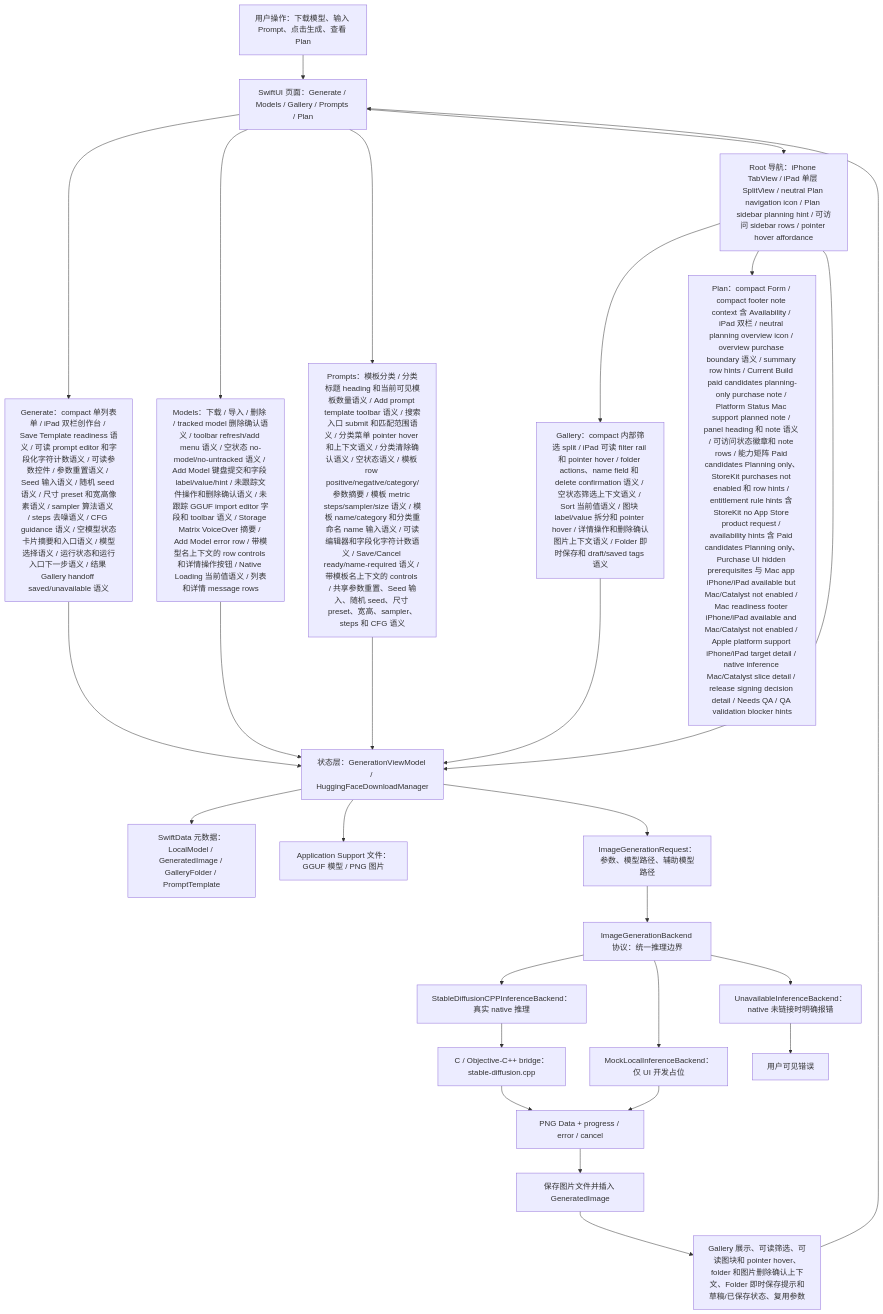
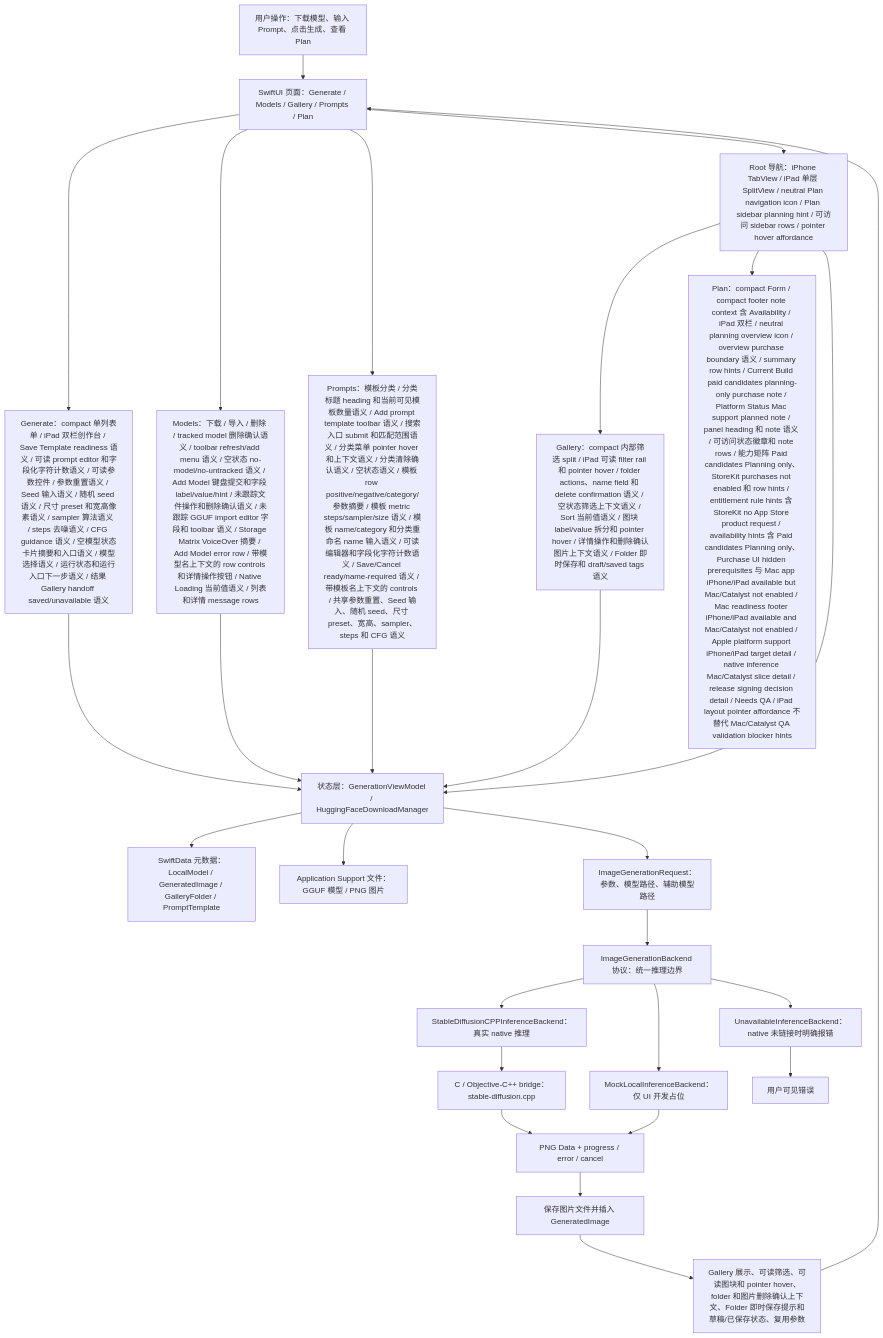
Before and after one commit to Altman-sam114/118: the first of 7 diagrams in md/flow/flowchart.md, drawn with Mermaid. The commit also changed 5 other files, not shown here.

First line of the commit message:
v1.110: Plan Mac QA boundary semantics

````diff
--- a/md/flow/flowchart.md
+++ b/md/flow/flowchart.md
@@ -9,29 +9,29 @@
 ```mermaid
 flowchart TD
   U["用户操作：下载模型、输入 Prompt、点击生成、查看 Plan"] --> UI["SwiftUI 页面：Generate / Models / Gallery / Prompts / Plan"]
   UI --> GENUI["Generate：compact 单列表单 / iPad 双栏创作台 / Save Template readiness 语义 / 可读 prompt editor 和字段化字符计数语义 / 可读参数控件 / 参数重置语义 / Seed 输入语义 / 随机 seed 语义 / 尺寸 preset 和宽高像素语义 / sampler 算法语义 / steps 去噪语义 / CFG guidance 语义 / 空模型状态卡片摘要和入口语义 / 模型选择语义 / 运行状态和运行入口下一步语义 / 结果 Gallery handoff saved/unavailable 语义"]
   UI --> MODELUI["Models：下载 / 导入 / 删除 / tracked model 删除确认语义 / toolbar refresh/add menu 语义 / 空状态 no-model/no-untracked 语义 / Add Model 键盘提交和字段 label/value/hint / 未跟踪文件操作和删除确认语义 / 未跟踪 GGUF import editor 字段和 toolbar 语义 / Storage Matrix VoiceOver 摘要 / Add Model error row / 带模型名上下文的 row controls 和详情操作按钮 / Native Loading 当前值语义 / 列表和详情 message rows"]
   UI --> PROMPTUI["Prompts：模板分类 / 分类标题 heading 和当前可见模板数量语义 / Add prompt template toolbar 语义 / 搜索入口 submit 和匹配范围语义 / 分类菜单 pointer hover 和上下文语义 / 分类清除确认语义 / 空状态语义 / 模板 row positive/negative/category/参数摘要 / 模板 metric steps/sampler/size 语义 / 模板 name/category 和分类重命名 name 输入语义 / 可读编辑器和字段化字符计数语义 / Save/Cancel ready/name-required 语义 / 带模板名上下文的 controls / 共享参数重置、Seed 输入、随机 seed、尺寸 preset、宽高、sampler、steps 和 CFG 语义"]
   UI --> NAV["Root 导航：iPhone TabView / iPad 单层 SplitView / neutral Plan navigation icon / Plan sidebar planning hint / 可访问 sidebar rows / pointer hover affordance"]
   NAV --> GALUI["Gallery：compact 内部筛选 split / iPad 可读 filter rail 和 pointer hover / folder actions、name field 和 delete confirmation 语义 / 空状态筛选上下文语义 / Sort 当前值语义 / 图块 label/value 拆分和 pointer hover / 详情操作和删除确认图片上下文语义 / Folder 即时保存和 draft/saved tags 语义"]
-  NAV --> PLANUI["Plan：compact Form / compact footer note context 含 Availability / iPad 双栏 / neutral planning overview icon / overview purchase boundary 语义 / summary row hints / Current Build paid candidates planning-only purchase note / Platform Status Mac support planned note / panel heading 和 note 语义 / 可访问状态徽章和 note rows / 能力矩阵 Paid candidates Planning only、StoreKit purchases not enabled 和 row hints / entitlement rule hints 含 StoreKit no App Store product request / availability hints 含 Paid candidates Planning only、Purchase UI hidden prerequisites 与 Mac app iPhone/iPad available but Mac/Catalyst not enabled / Mac readiness footer iPhone/iPad available and Mac/Catalyst not enabled / Apple platform support iPhone/iPad target detail / native inference Mac/Catalyst slice detail / release signing decision detail / Needs QA / QA validation blocker hints"]
+  NAV --> PLANUI["Plan：compact Form / compact footer note context 含 Availability / iPad 双栏 / neutral planning overview icon / overview purchase boundary 语义 / summary row hints / Current Build paid candidates planning-only purchase note / Platform Status Mac support planned note / panel heading 和 note 语义 / 可访问状态徽章和 note rows / 能力矩阵 Paid candidates Planning only、StoreKit purchases not enabled 和 row hints / entitlement rule hints 含 StoreKit no App Store product request / availability hints 含 Paid candidates Planning only、Purchase UI hidden prerequisites 与 Mac app iPhone/iPad available but Mac/Catalyst not enabled / Mac readiness footer iPhone/iPad available and Mac/Catalyst not enabled / Apple platform support iPhone/iPad target detail / native inference Mac/Catalyst slice detail / release signing decision detail / Needs QA / iPad layout pointer affordance 不替代 Mac/Catalyst QA validation blocker hints"]
   NAV --> VM["状态层：GenerationViewModel / HuggingFaceDownloadManager"]
   GENUI --> VM
   MODELUI --> VM
   PROMPTUI --> VM
   GALUI --> VM
   VM --> SD["SwiftData 元数据：LocalModel / GeneratedImage / GalleryFolder / PromptTemplate"]
   VM --> FS["Application Support 文件：GGUF 模型 / PNG 图片"]
   VM --> REQ["ImageGenerationRequest：参数、模型路径、辅助模型路径"]
   REQ --> IFACE["ImageGenerationBackend 协议：统一推理边界"]
   IFACE --> NATIVE["StableDiffusionCPPInferenceBackend：真实 native 推理"]
   IFACE --> MOCK["MockLocalInferenceBackend：仅 UI 开发占位"]
   IFACE --> OFF["UnavailableInferenceBackend：native 未链接时明确报错"]
   NATIVE --> BRIDGE["C / Objective-C++ bridge：stable-diffusion.cpp"]
   BRIDGE --> PNG["PNG Data + progress / error / cancel"]
   MOCK --> PNG
   OFF --> ERR["用户可见错误"]
   PNG --> SAVE["保存图片文件并插入 GeneratedImage"]
   SAVE --> GALLERY["Gallery 展示、可读筛选、可读图块和 pointer hover、folder 和图片删除确认上下文、Folder 即时保存提示和草稿/已保存状态、复用参数"]
   GALLERY --> UI
 ```
````
